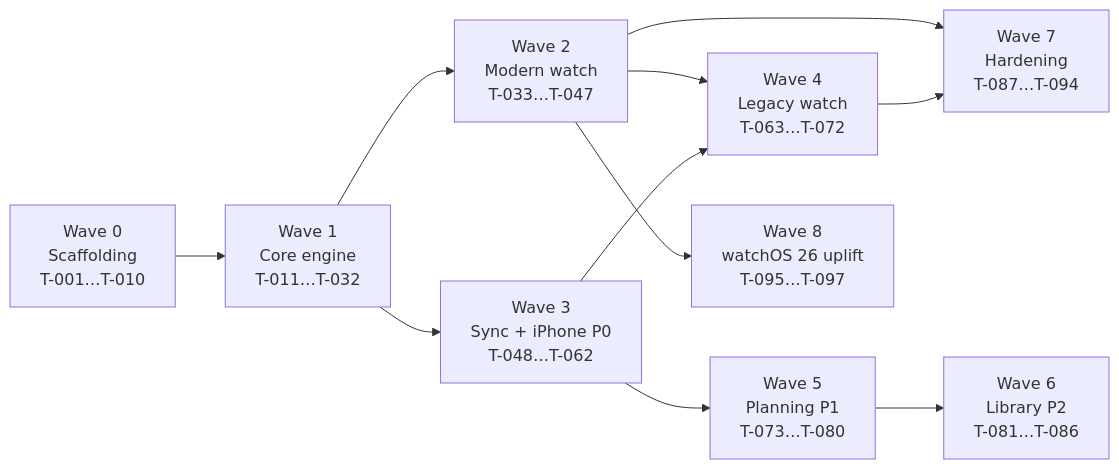
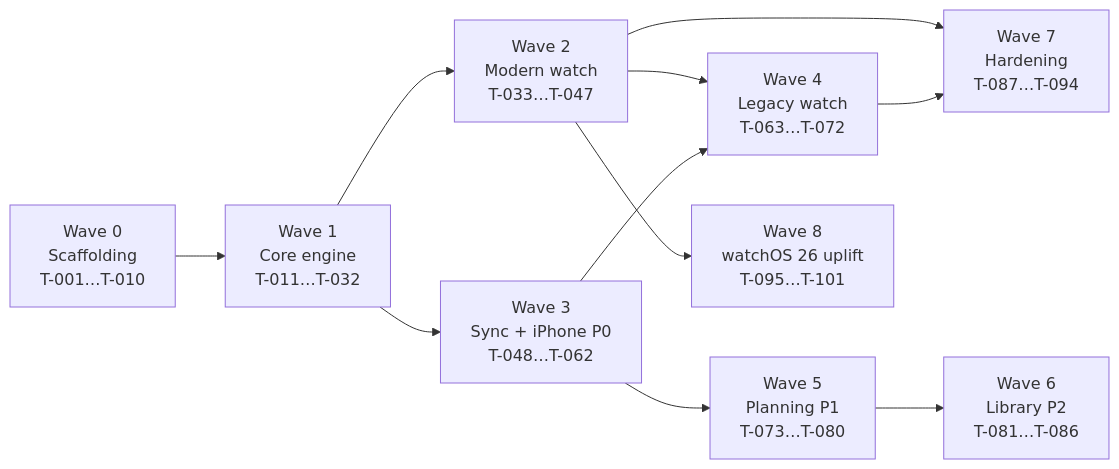
One commit to ssura1/OptimalRunning changed the diagram in docs/implementation.md. Above: the diagram before and after it, drawn with Mermaid. The commit also changed other lines of this file and 1 other file, not shown here.

````diff
--- a/docs/implementation.md
+++ b/docs/implementation.md
@@ -40,13 +40,13 @@
 ```mermaid
 graph LR
     W0[Wave 0<br/>Scaffolding<br/>T-001…T-010] --> W1[Wave 1<br/>Core engine<br/>T-011…T-032]
     W1 --> W2[Wave 2<br/>Modern watch<br/>T-033…T-047]
     W1 --> W3[Wave 3<br/>Sync + iPhone P0<br/>T-048…T-062]
     W2 --> W4[Wave 4<br/>Legacy watch<br/>T-063…T-072]
     W3 --> W4
     W3 --> W5[Wave 5<br/>Planning P1<br/>T-073…T-080]
     W5 --> W6[Wave 6<br/>Library P2<br/>T-081…T-086]
     W2 --> W7[Wave 7<br/>Hardening<br/>T-087…T-094]
     W4 --> W7
-    W2 --> W8[Wave 8<br/>watchOS 26 uplift<br/>T-095…T-097]
+    W2 --> W8[Wave 8<br/>watchOS 26 uplift<br/>T-095…T-101]
 ```
````
